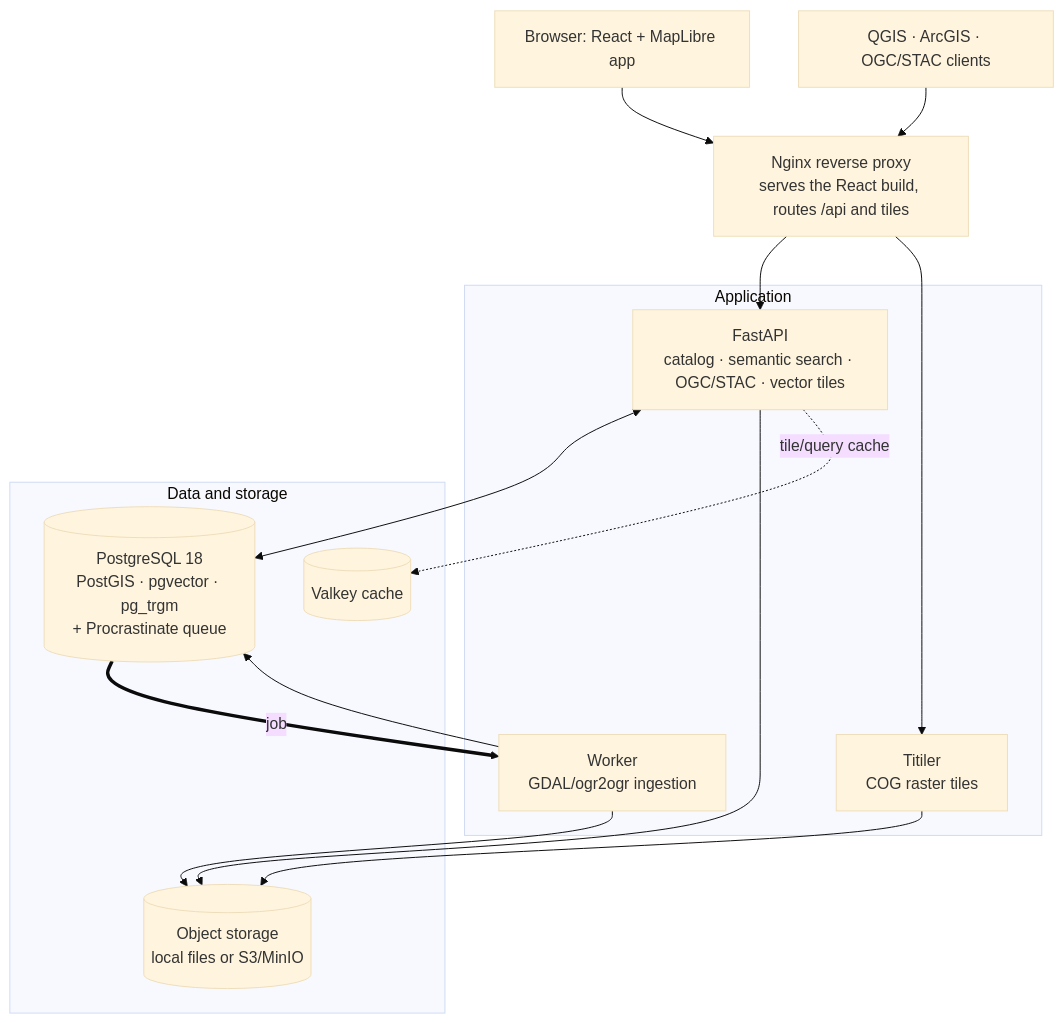
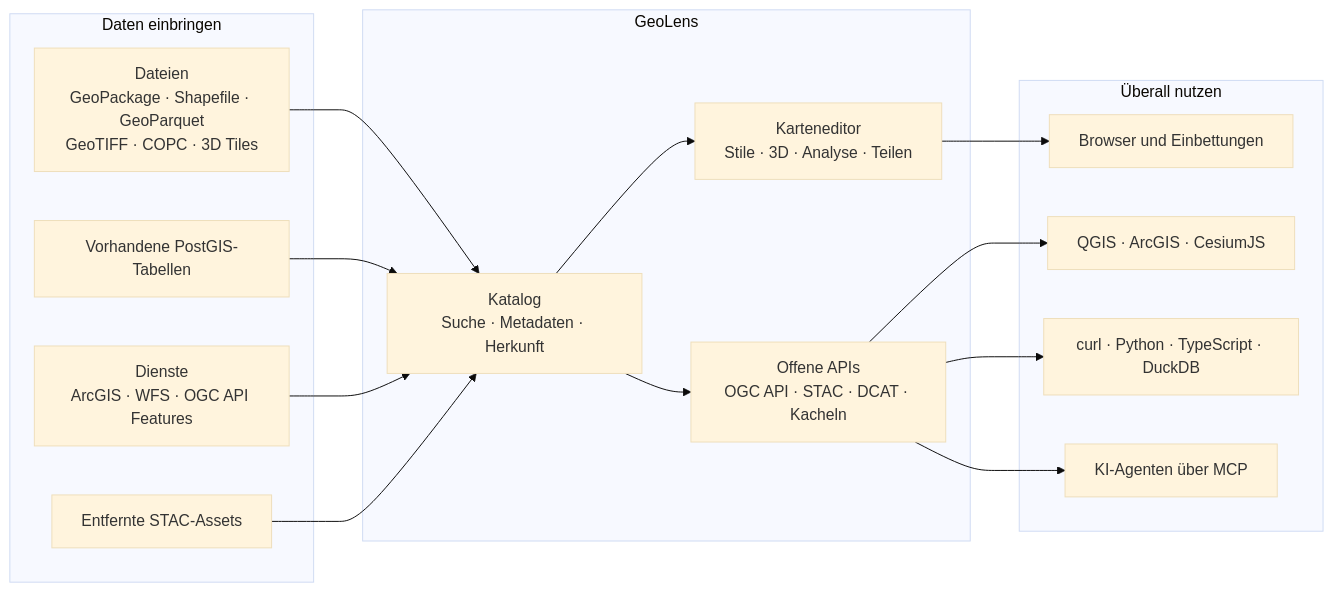
One commit to geolens-io/geolens changed the diagram in README.de.md. Above: the diagram before and after it, drawn with Mermaid (base theme). The commit also changed other lines of this file, not shown here.

````diff
--- a/README.de.md
+++ b/README.de.md
@@ -299,31 +53,23 @@
 ```mermaid
-flowchart TB
-    B["Browser: React + MapLibre app"]
-    OGC["QGIS · ArcGIS · OGC/STAC clients"]
-
-    NG["Nginx reverse proxy<br/>serves the React build, routes /api and tiles"]
-
-    subgraph Application
-      API["FastAPI<br/>catalog · semantic search · OGC/STAC · vector tiles"]
-      W["Worker<br/>GDAL/ogr2ogr ingestion"]
-      TT["Titiler<br/>COG raster tiles"]
+flowchart LR
+    subgraph IN ["Daten einbringen"]
+      F["Dateien<br/>GeoPackage · Shapefile · GeoParquet<br/>GeoTIFF · COPC · 3D Tiles"]
+      DB["Vorhandene PostGIS-Tabellen"]
+      SVC["Dienste<br/>ArcGIS · WFS · OGC API Features"]
+      ST["Entfernte STAC-Assets"]
     end
-
-    subgraph store [Data and storage]
-      PG[("PostgreSQL 18<br/>PostGIS · pgvector · pg_trgm<br/>+ Procrastinate queue")]
-      OBJ[("Object storage<br/>local files or S3/MinIO")]
-      CACHE[("Valkey cache")]
+    subgraph GL ["GeoLens"]
+      CAT["Katalog<br/>Suche · Metadaten · Herkunft"]
+      MB["Karteneditor<br/>Stile · 3D · Analyse · Teilen"]
+      STD["Offene APIs<br/>OGC API · STAC · DCAT · Kacheln"]
     end
-
-    B --> NG
-    OGC --> NG
-    NG --> API
-    NG --> TT
-    API <--> PG
-    API --> OBJ
-    API -. tile/query cache .-> CACHE
-    PG == job ==> W
-    W --> PG
-    W --> OBJ
-    TT --> OBJ
+    subgraph OUT ["Überall nutzen"]
+      WEB["Browser und Einbettungen"]
+      GIS["QGIS · ArcGIS · CesiumJS"]
+      CODE["curl · Python · TypeScript · DuckDB"]
+      AG["KI-Agenten über MCP"]
+    end
+    F & DB & SVC & ST --> CAT
+    CAT --> MB --> WEB
+    CAT --> STD --> GIS & CODE & AG
 ```
````
